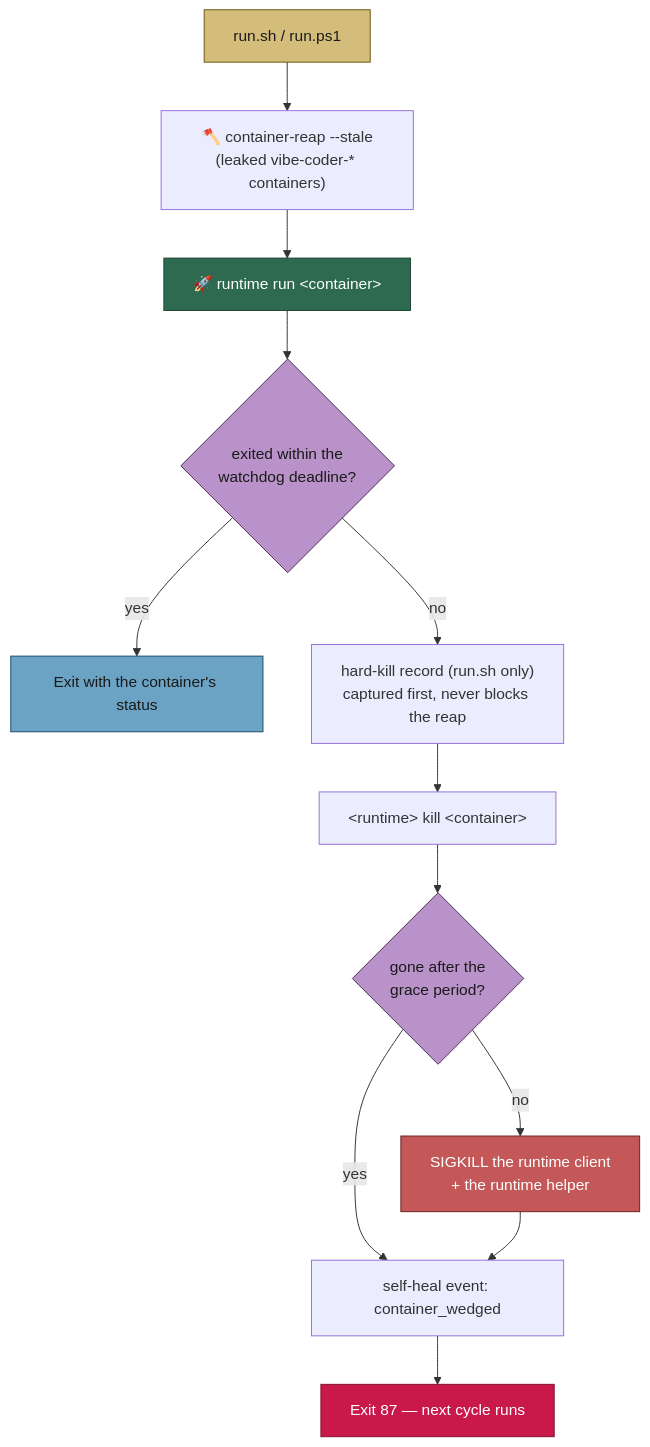
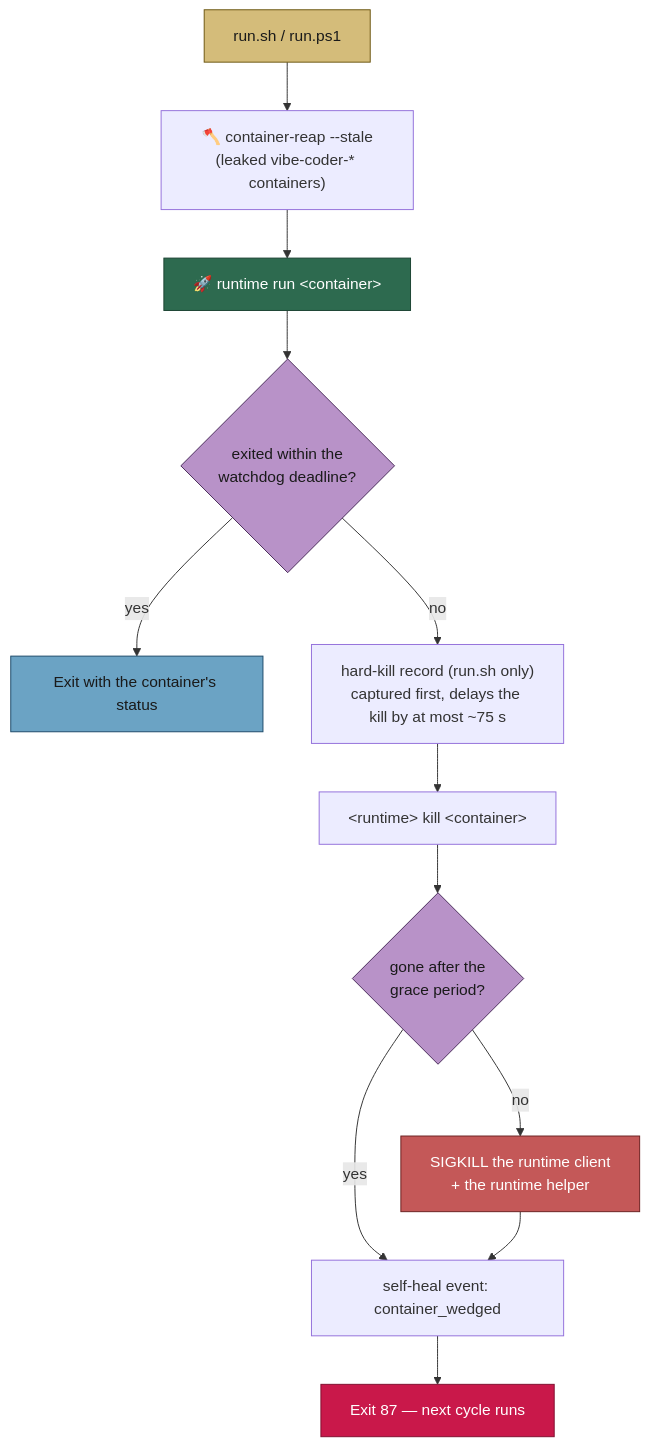
One commit to stSoftwareAU/VibeCoder changed the third of 6 diagrams in docs/workflows/resilience-and-concurrency.md. Above: the diagram before and after it, drawn with Mermaid. The commit also changed other lines of this file and 5 other files, not shown here.

````diff
--- a/docs/workflows/resilience-and-concurrency.md
+++ b/docs/workflows/resilience-and-concurrency.md
@@ -171,27 +171,27 @@
 ```mermaid
 flowchart TD
   Start["run.sh / run.ps1"]
   Pre["🪓 container-reap --stale<br/>(leaked vibe-coder-* containers)"]
   Launch["🚀 runtime run &lt;container&gt;"]
   Deadline{"exited within the<br/>watchdog deadline?"}
   Normal["Exit with the container's status"]
-  Evidence["hard-kill record (run.sh only)<br/>captured first, never blocks the reap"]
+  Evidence["hard-kill record (run.sh only)<br/>captured first, delays the kill by at most ~75 s"]
   Kill["&lt;runtime&gt; kill &lt;container&gt;"]
   Grace{"gone after the<br/>grace period?"}
   Sigkill["SIGKILL the runtime client<br/>+ the runtime helper"]
   Event["self-heal event: container_wedged"]
   Wedged["Exit 87 — next cycle runs"]
   Start --> Pre --> Launch --> Deadline
   Deadline -->|yes| Normal
   Deadline -->|no| Evidence --> Kill --> Grace
   Grace -->|yes| Event
   Grace -->|no| Sigkill --> Event
   Event --> Wedged
   style Start fill:#d4bc7a,stroke:#6b5510,color:#1a1a1a
   style Launch fill:#2d6a4f,stroke:#1b4332,color:#fff
   style Deadline fill:#b892c8,stroke:#4a2d5a,color:#1a1a1a
   style Grace fill:#b892c8,stroke:#4a2d5a,color:#1a1a1a
   style Sigkill fill:#c45858,stroke:#6b2020,color:#fff
   style Wedged fill:#c9184a,stroke:#800f2f,color:#fff
   style Normal fill:#6ba3c4,stroke:#1d4a6a,color:#1a1a1a
 ```
````
